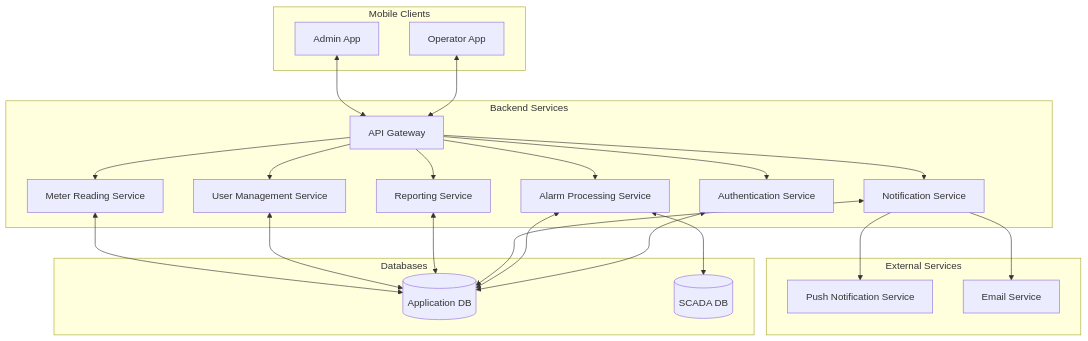
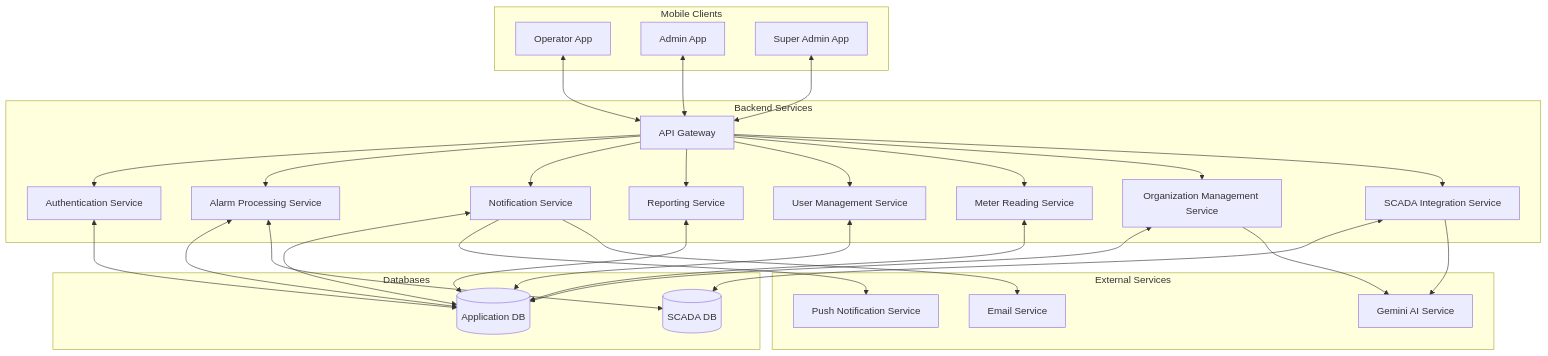
The first of 10 diagrams in README.md (CHIRANJEEVICHETAN/Eagle-Notifier), drawn with Mermaid before and after one commit. The commit also changed other lines of this file and 12 other files, not shown here.

````diff
--- a/README.md
+++ b/README.md
@@ -101,45 +112,56 @@
 ```mermaid
 flowchart TD
     subgraph "Mobile Clients"
         A[Operator App] 
         B[Admin App]
+        C[Super Admin App]
     end
 
     subgraph "Backend Services"
-        C[API Gateway]
-        D[Authentication Service]
-        E[Alarm Processing Service]
-        F[Notification Service]
-        G[Reporting Service]
-        H[User Management Service]
-        I[Meter Reading Service]
+        D[API Gateway]
+        E[Authentication Service]
+        F[Alarm Processing Service]
+        G[Notification Service]
+        H[Reporting Service]
+        I[User Management Service]
+        J[Meter Reading Service]
+        K[Organization Management Service]
+        L[SCADA Integration Service]
     end
 
     subgraph "Databases"
-        J[(Application DB)]
-        K[(SCADA DB)]
+        M[(Application DB)]
+        N[(SCADA DB)]
     end
 
     subgraph "External Services"
-        L[Push Notification Service]
-        M[Email Service]
+        O[Push Notification Service]
+        P[Email Service]
+        Q[Gemini AI Service]
     end
 
-    A <--> C
-    B <--> C
-    C --> D
-    C --> E
-    C --> F
-    C --> G
-    C --> H
-    C --> I
-    D <--> J
-    E <--> J
-    F <--> J
-    G <--> J
-    H <--> J
-    I <--> J
-    E <--> K
-    F --> L
-    F --> M
+    A <--> D
+    B <--> D
+    C <--> D
+    D --> E
+    D --> F
+    D --> G
+    D --> H
+    D --> I
+    D --> J
+    D --> K
+    D --> L
+    E <--> M
+    F <--> M
+    G <--> M
+    H <--> M
+    I <--> M
+    J <--> M
+    K <--> M
+    L <--> N
+    F <--> N
+    G --> O
+    G --> P
+    K --> Q
+    L --> Q
 ```
````
